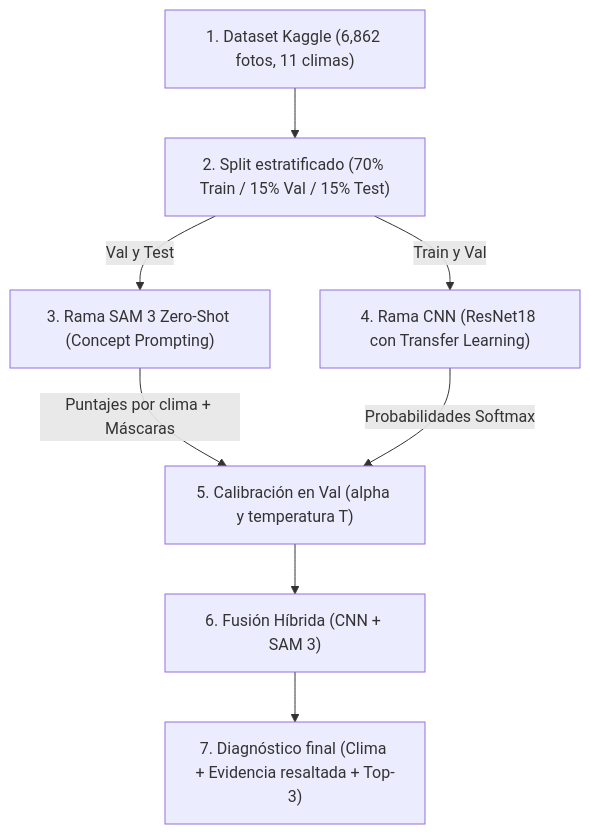
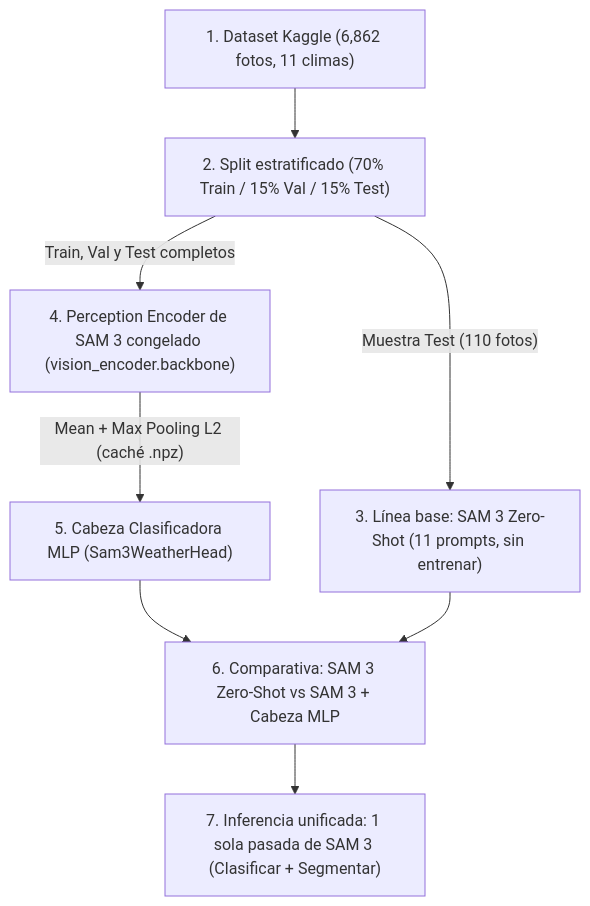
The second of 3 diagrams in README.md (pipecadav/cnn-sam-project), drawn with Mermaid before and after one commit. The commit also changed other lines of this file and 1 other file, not shown here.

Commit message:
Modified SAM3 Training Approach

````diff
--- a/README.md
+++ b/README.md
@@ -164,10 +164,10 @@
 ```mermaid
 flowchart TD
     D["1. Dataset Kaggle (6,862 fotos, 11 climas)"] --> S["2. Split estratificado (70% Train / 15% Val / 15% Test)"]
-    S -->|"Val y Test"| SAM["3. Rama SAM 3 Zero-Shot (Concept Prompting)"]
-    S -->|"Train y Val"| CNN["4. Rama CNN (ResNet18 con Transfer Learning)"]
-    SAM -->|"Puntajes por clima + Máscaras"| CAL["5. Calibración en Val (alpha y temperatura T)"]
-    CNN -->|"Probabilidades Softmax"| CAL
-    CAL --> HYB["6. Fusión Híbrida (CNN + SAM 3)"]
-    HYB --> DEMO["7. Diagnóstico final (Clima + Evidencia resaltada + Top-3)"]
+    S -->|"Muestra Test (110 fotos)"| ZS["3. Línea base: SAM 3 Zero-Shot (11 prompts, sin entrenar)"]
+    S -->|"Train, Val y Test completos"| PE["4. Perception Encoder de SAM 3 congelado (vision_encoder.backbone)"]
+    PE -->|"Mean + Max Pooling L2 (caché .npz)"| MLP["5. Cabeza Clasificadora MLP (Sam3WeatherHead)"]
+    MLP --> CMP["6. Comparativa: SAM 3 Zero-Shot vs SAM 3 + Cabeza MLP"]
+    ZS --> CMP
+    CMP --> DEMO["7. Inferencia unificada: 1 sola pasada de SAM 3 (Clasificar + Segmentar)"]
 ```
````
